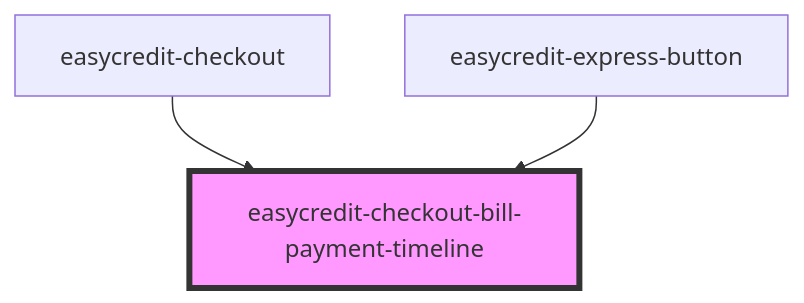
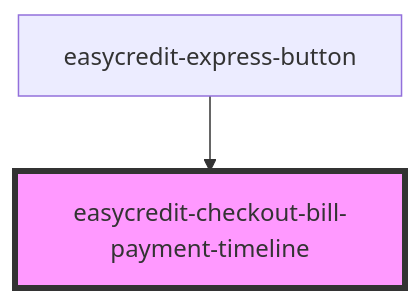
Before and after one commit to teambank/easycredit-webcomponents: the diagram in src/components/easycredit-checkout-bill-payment-timeline/readme.md, drawn with Mermaid. The commit also changed other lines of this file and 18 other files, not shown here.

````diff
--- a/src/components/easycredit-checkout-bill-payment-timeline/readme.md
+++ b/src/components/easycredit-checkout-bill-payment-timeline/readme.md
@@ -16,6 +15,5 @@
 ```mermaid
 graph TD;
-  easycredit-checkout --> easycredit-checkout-bill-payment-timeline
   easycredit-express-button --> easycredit-checkout-bill-payment-timeline
   style easycredit-checkout-bill-payment-timeline fill:#f9f,stroke:#333,stroke-width:4px
 ```
````
